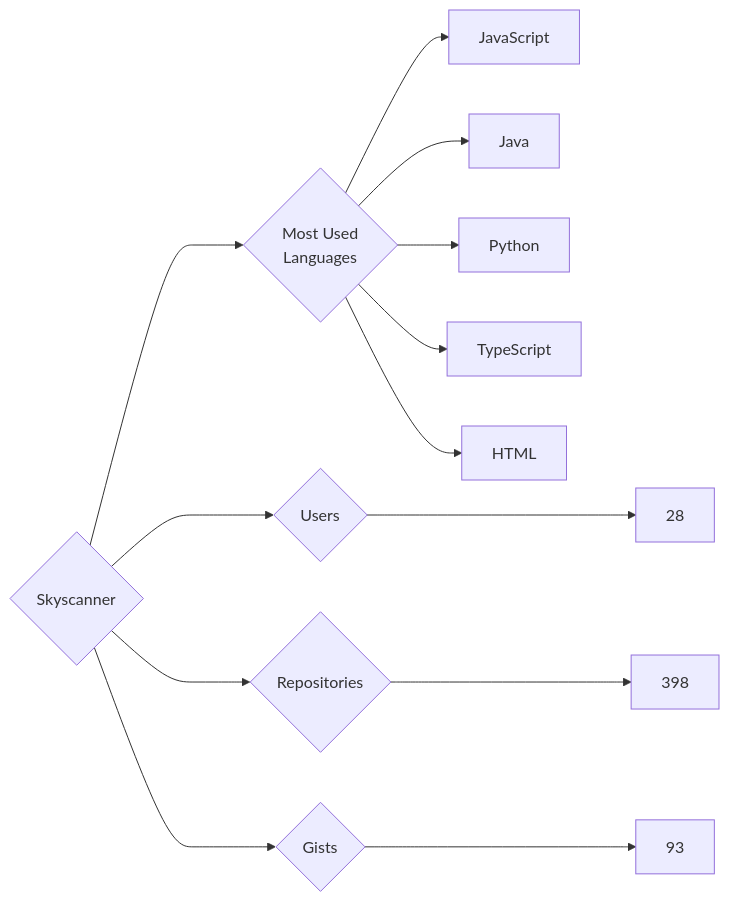
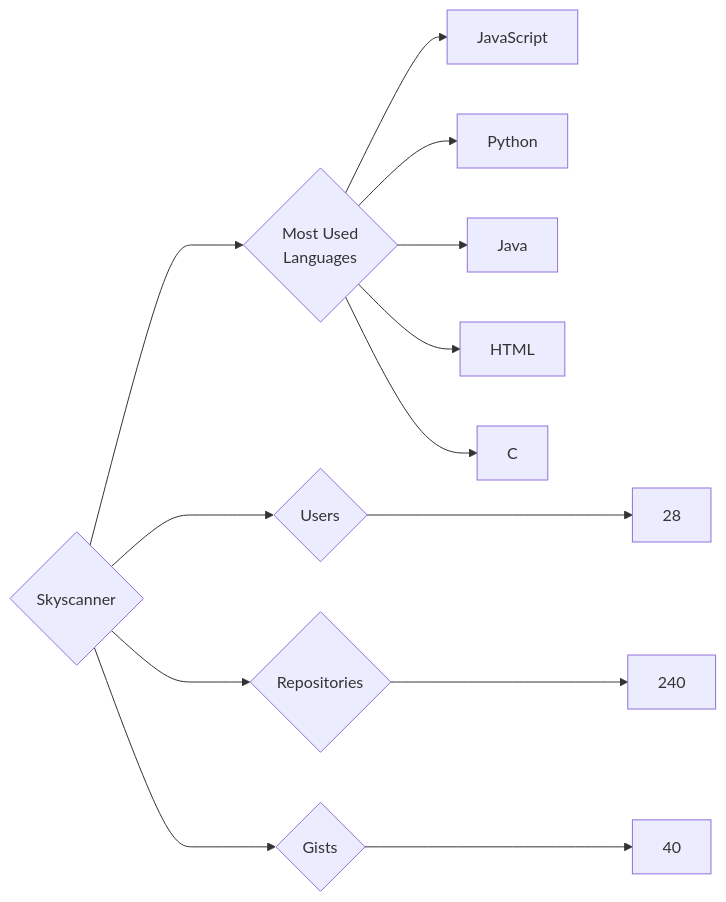
One commit to trickest/insiders changed the diagram in targets/Skyscanner/README.md. Above: the diagram before and after it, drawn with Mermaid. The commit also changed 886 other files, not shown here.

````diff
--- a/targets/Skyscanner/README.md
+++ b/targets/Skyscanner/README.md
@@ -3,13 +3,13 @@
 ```mermaid
 graph LR
 COMPANY_NAME{Skyscanner}
 COMPANY_NAME ---> U{Users} ---> UN[28]
-COMPANY_NAME ---> R{Repositories} ---> RN[398]
-COMPANY_NAME ---> G{Gists} ---> GN[93]
+COMPANY_NAME ---> R{Repositories} ---> RN[240]
+COMPANY_NAME ---> G{Gists} ---> GN[40]
 COMPANY_NAME ---> ML{Most Used<br>Languages}
 ML --> JavaScript[JavaScript]
+ML --> Python[Python]
 ML --> Java[Java]
-ML --> Python[Python]
-ML --> TypeScript[TypeScript]
 ML --> HTML[HTML]
+ML --> C[C]
 ```
````
